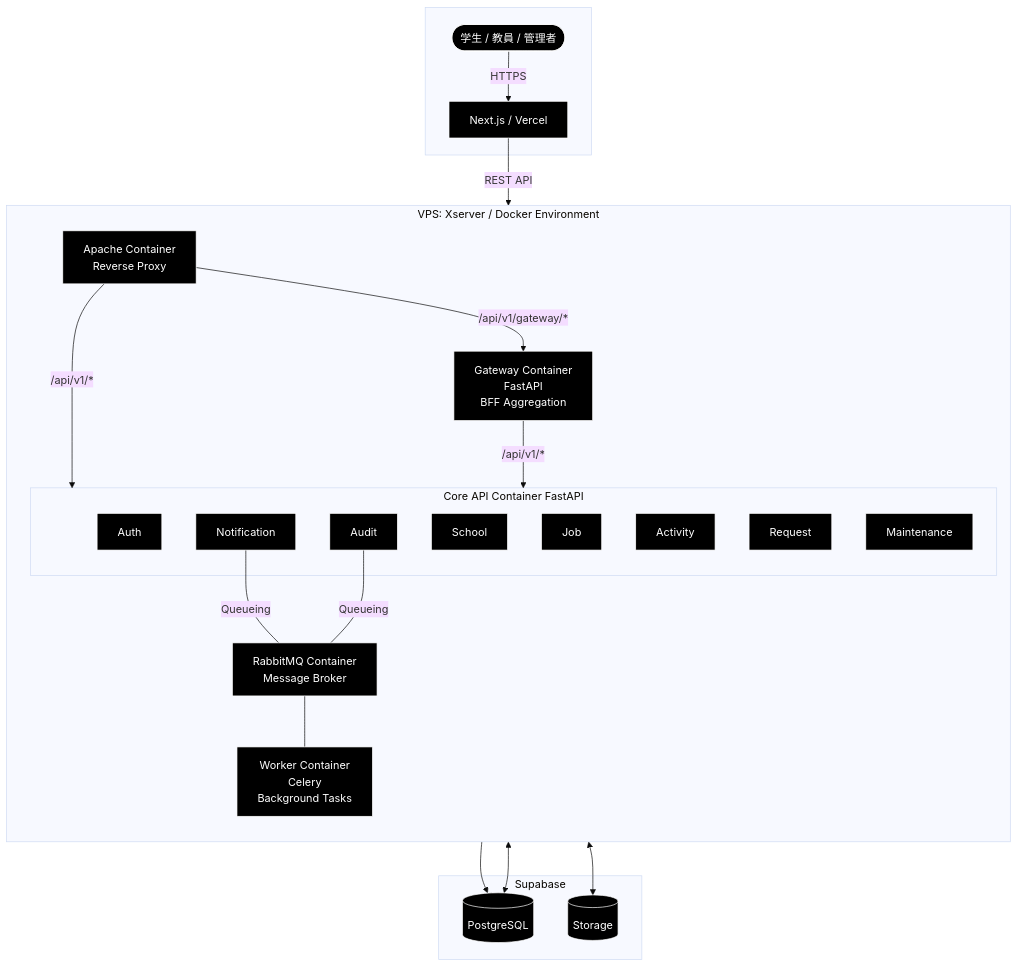
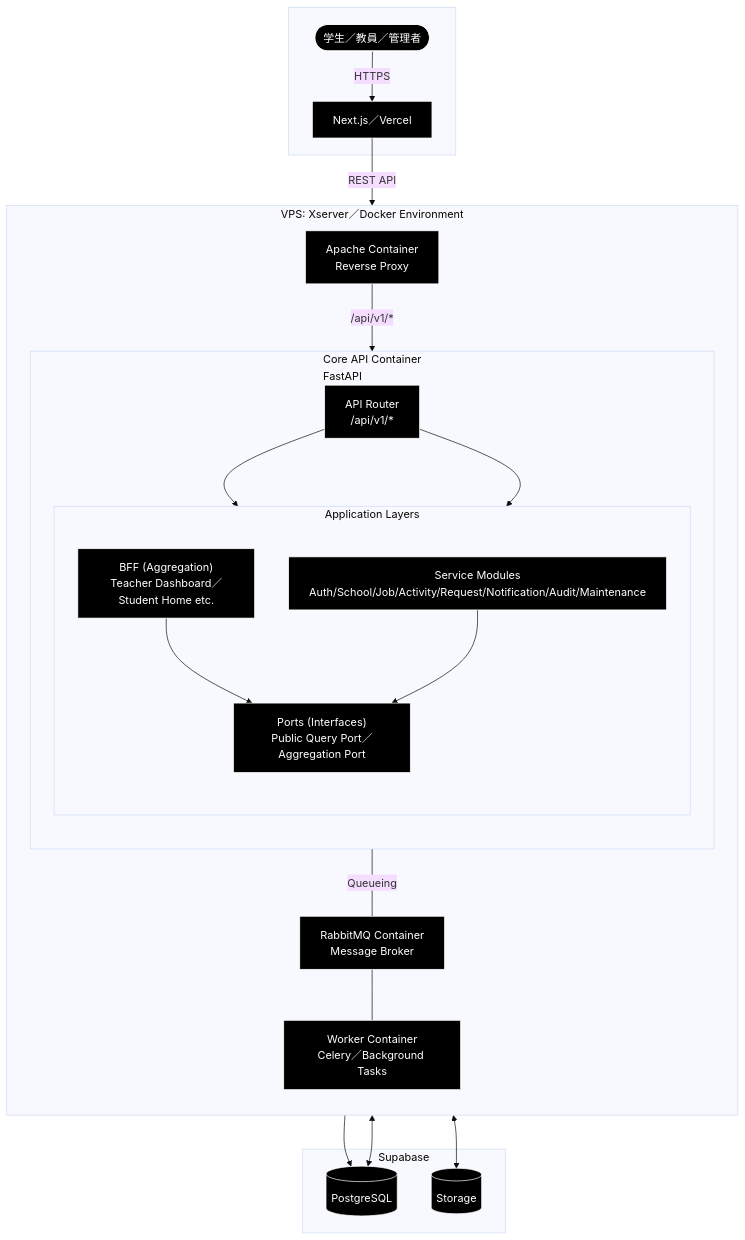
One commit to torakiti-1128/senlink changed the diagram in docs/02_BASIC_DESIGN/00_SYSTEM_CONFIGURATION/00_ARCHITECTURE.md. Above: the diagram before and after it, drawn with Mermaid (base theme). The commit also changed other lines of this file, not shown here.

````diff
--- a/docs/02_BASIC_DESIGN/00_SYSTEM_CONFIGURATION/00_ARCHITECTURE.md
+++ b/docs/02_BASIC_DESIGN/00_SYSTEM_CONFIGURATION/00_ARCHITECTURE.md
@@ -15,70 +16,61 @@
 ```mermaid
 graph TB
     %% スタイル定義（黒塗＋白文字＋白枠）
     classDef user fill:#000,stroke:#fff,color:#fff,stroke-width:1px;
     classDef frontend fill:#000,stroke:#fff,color:#fff,stroke-width:1px;
     classDef container fill:#000,stroke:#fff,color:#fff,stroke-width:1px;
     classDef internal fill:#000,stroke:#fff,color:#fff,stroke-width:1px;
     classDef supabase fill:#000,stroke:#fff,color:#fff,stroke-width:1px;
     classDef mq fill:#000,stroke:#fff,color:#fff,stroke-width:1px;
 
     subgraph Frontend [ ]
-        %% ユーザー層
-        User([学生 / 教員 / 管理者]):::user
-        %% フロントエンド層
-        Vercel[Next.js / Vercel]:::frontend
+        User([学生／教員／管理者]):::user
+        Vercel[Next.js／Vercel]:::frontend
     end
 
-    %% VPS内部 (Docker Compose)
-    subgraph Xserver_VPS [VPS: Xserver / Docker Environment]
+    subgraph Xserver_VPS [VPS: Xserver／Docker Environment]
         direction TB
 
         Apache[Apache Container<br/>Reverse Proxy]:::container
 
-        %% Gateway（BFF）
-        Gateway["Gateway Container<br/>FastAPI<br/>BFF Aggregation"]:::container
+        subgraph CoreAPI ["Core API Container<br/>FastAPI"]
+            direction TB
+            Router[API Router<br/>/api/v1/*]:::container
 
-        %% Core API（基礎API）
-        subgraph CoreAPI ["Core API Container FastAPI"]
-                Ath[Auth]:::internal
-                Sch[School]:::internal
-                Job[Job]:::internal
-                Act[Activity]:::internal
-                Req[Request]:::internal
-                Not[Notification]:::internal
-                Aud[Audit]:::internal
-                Mnt[Maintenance]:::internal
+            subgraph Layers ["Application Layers"]
+                direction TB
+                Domain[Service Modules<br/>Auth/School/Job/Activity/Request/Notification/Audit/Maintenance]:::internal
+                BFF["BFF (Aggregation)<br/>Teacher Dashboard／Student Home etc."]:::internal
+                Ports["Ports (Interfaces)<br/>Public Query Port／Aggregation Port"]:::internal
+            end
         end
 
         RabbitMQ["RabbitMQ Container<br/>Message Broker"]:::mq
-        Worker["Worker Container<br/>Celery<br/>Background Tasks"]:::mq
+        Worker["Worker Container<br/>Celery／Background Tasks"]:::mq
     end
 
-    %% 外部基盤 (Supabase)
     subgraph Supabase_Cloud [Supabase]
         DB[(PostgreSQL)]:::supabase
         Storage[(Storage)]:::supabase
     end
 
     %% 接続関係
     User -->|HTTPS| Vercel
     Vercel -->|REST API| Apache
+    Apache -->|/api/v1/*| Router
 
-    %% Apache ルーティング
-    Apache -->|/api/v1/*| CoreAPI
-    Apache -->|/api/v1/gateway/*| Gateway
+    %% Core内部の依存（概念）
+    Router --> BFF
+    Router --> Domain
+    BFF --> Ports
+    Domain --> Ports
 
-    %% Gateway -> Core API（内部HTTP呼び出し）
-    Gateway -->|/api/v1/*| CoreAPI
-
-    %% Core API -> Data
+    %% Data Access
     CoreAPI <--> DB
     CoreAPI <--> Storage
 
-    %% 非同期処理フロー（Core API / Worker）
-    Not ---|Queueing| RabbitMQ
-    Aud ---|Queueing| RabbitMQ
+    %% 非同期処理フロー
+    Domain ---|Queueing| RabbitMQ
     RabbitMQ --- Worker
     Worker --> DB
-
 ```
````
